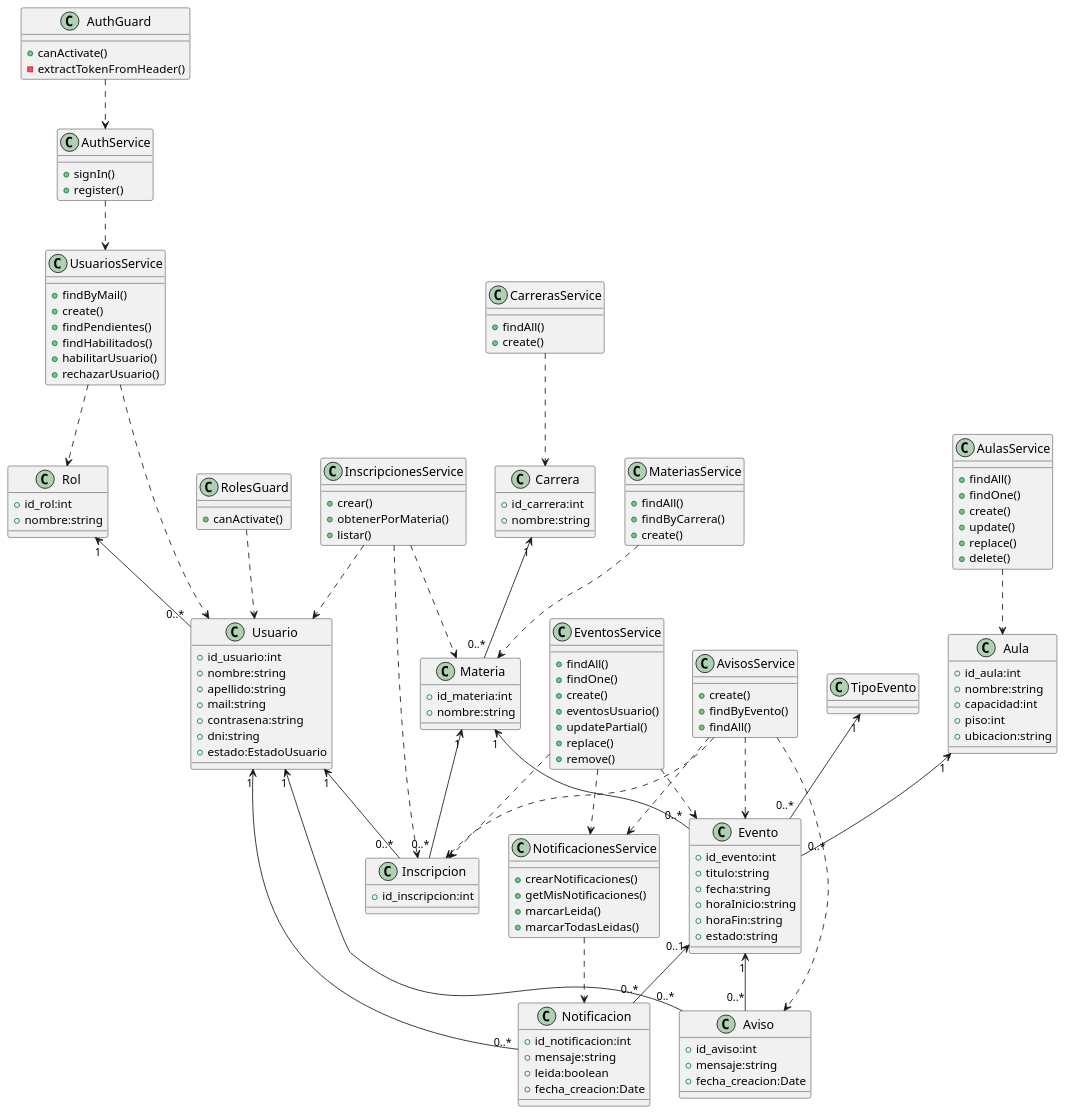
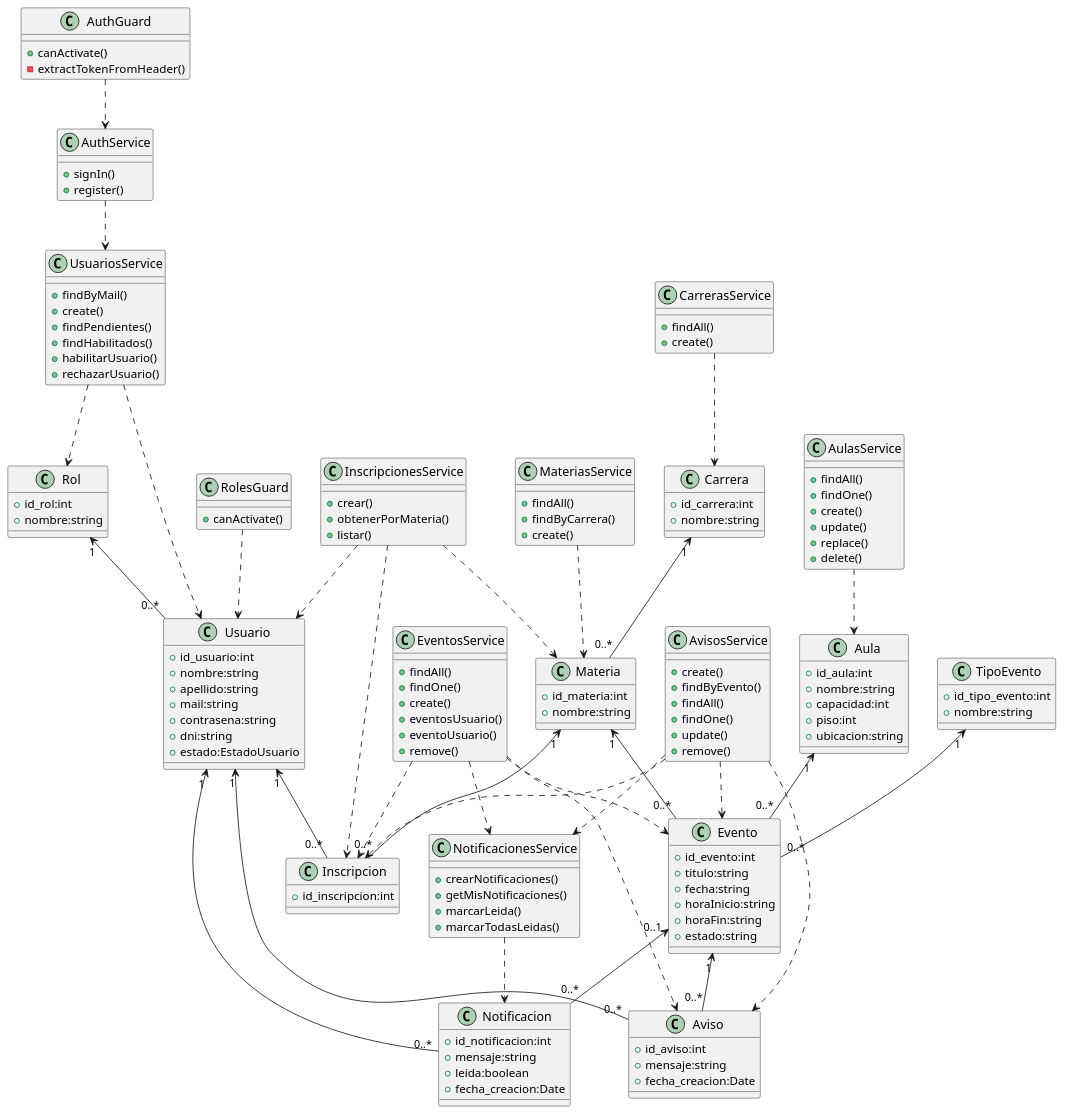
Before and after one commit to MaiaBiribin/tp-campus-universitario: the diagram in documentacion/diagramas/clases/diagrama.puml, drawn with PlantUML. The commit also changed 5 other files, not shown here.

```diff
--- a/documentacion/diagramas/clases/diagrama.puml
+++ b/documentacion/diagramas/clases/diagrama.puml
@@ -1,185 +1,191 @@
 @startuml AulaSync
 
 skinparam classFontSize 15
 
 ' ENTIDADES
 
 class Usuario {
 +id_usuario:int
 +nombre:string
 +apellido:string
 +mail:string
 +contrasena:string
 +dni:string
 +estado:EstadoUsuario
 }
 
 class Rol {
 +id_rol:int
 +nombre:string
 }
 
 class Aula {
 +id_aula:int
 +nombre:string
 +capacidad:int
 +piso:int
 +ubicacion:string
 }
 
 class Carrera {
 +id_carrera:int
 +nombre:string
 }
 
 class Materia {
 +id_materia:int
 +nombre:string
 }
 
 class Evento {
 +id_evento:int
 +titulo:string
 +fecha:string
 +horaInicio:string
 +horaFin:string
 +estado:string
 }
 
 class Inscripcion {
 +id_inscripcion:int
 }
 
 class Aviso {
 +id_aviso:int
 +mensaje:string
 +fecha_creacion:Date
 }
 
 class Notificacion {
 +id_notificacion:int
 +mensaje:string
 +leida:boolean
 +fecha_creacion:Date
 }
 
-class TipoEvento
+class TipoEvento{
++id_tipo_evento:int
++nombre:string
+}
 
 ' SERVICIOS
 
 class AuthService {
 +signIn()
 +register()
 }
 
 class UsuariosService {
 +findByMail()
 +create()
 +findPendientes()
 +findHabilitados()
 +habilitarUsuario()
 +rechazarUsuario()
 }
 
 class EventosService {
 +findAll()
 +findOne()
 +create()
 +eventosUsuario()
-+updatePartial()
-+replace()
++eventoUsuario()
 +remove()
 }
 
 class AulasService {
 +findAll()
 +findOne()
 +create()
 +update()
 +replace()
 +delete()
 }
 
 class CarrerasService {
 +findAll()
 +create()
 }
 
 class MateriasService {
 +findAll()
 +findByCarrera()
 +create()
 }
 
 class InscripcionesService {
 +crear()
 +obtenerPorMateria()
 +listar()
 }
 
 class AvisosService {
 +create()
 +findByEvento()
 +findAll()
++findOne()
++update()
++remove()
 }
 
 class NotificacionesService {
 +crearNotificaciones()
 +getMisNotificaciones()
 +marcarLeida()
 +marcarTodasLeidas()
 }
 
 ' SEGURIDAD
 
 class AuthGuard {
 +canActivate()
 -extractTokenFromHeader()
 }
 
 class RolesGuard {
 +canActivate()
 }
 
 
 ' RELACIONES
 
 Rol "1" <-- "0..*" Usuario
 
 Usuario "1" <-- "0..*" Inscripcion
 Materia "1" <-- "0..*" Inscripcion
 
 Carrera "1" <-- "0..*" Materia
 
 Materia "1" <-- "0..*" Evento
 Aula "1" <-- "0..*" Evento
 TipoEvento "1" <-- "0..*" Evento
 
 Usuario "1" <-- "0..*" Aviso
 Evento "1" <-- "0..*" Aviso
 
 Usuario "1" <-- "0..*" Notificacion
 Evento "0..1" <-- "0..*" Notificacion
 
 
 AuthService ..> UsuariosService
 UsuariosService ..> Usuario
 UsuariosService ..> Rol
 EventosService ..> Evento
 EventosService ..> Inscripcion
 EventosService ..> NotificacionesService
+EventosService ..> Aviso
 InscripcionesService ..> Inscripcion
 InscripcionesService ..> Usuario
 InscripcionesService ..> Materia
 AvisosService ..> Aviso
 AvisosService ..> Evento
 AvisosService ..> Inscripcion
 AvisosService ..> NotificacionesService
 NotificacionesService ..> Notificacion
 MateriasService ..> Materia
 CarrerasService ..> Carrera
 AulasService ..> Aula
 AuthGuard ..> AuthService
 RolesGuard ..> Usuario
 
 @enduml
```
